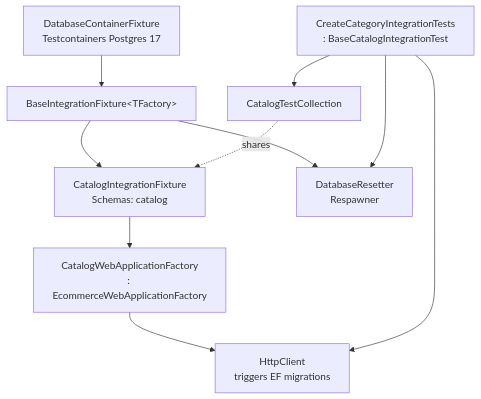
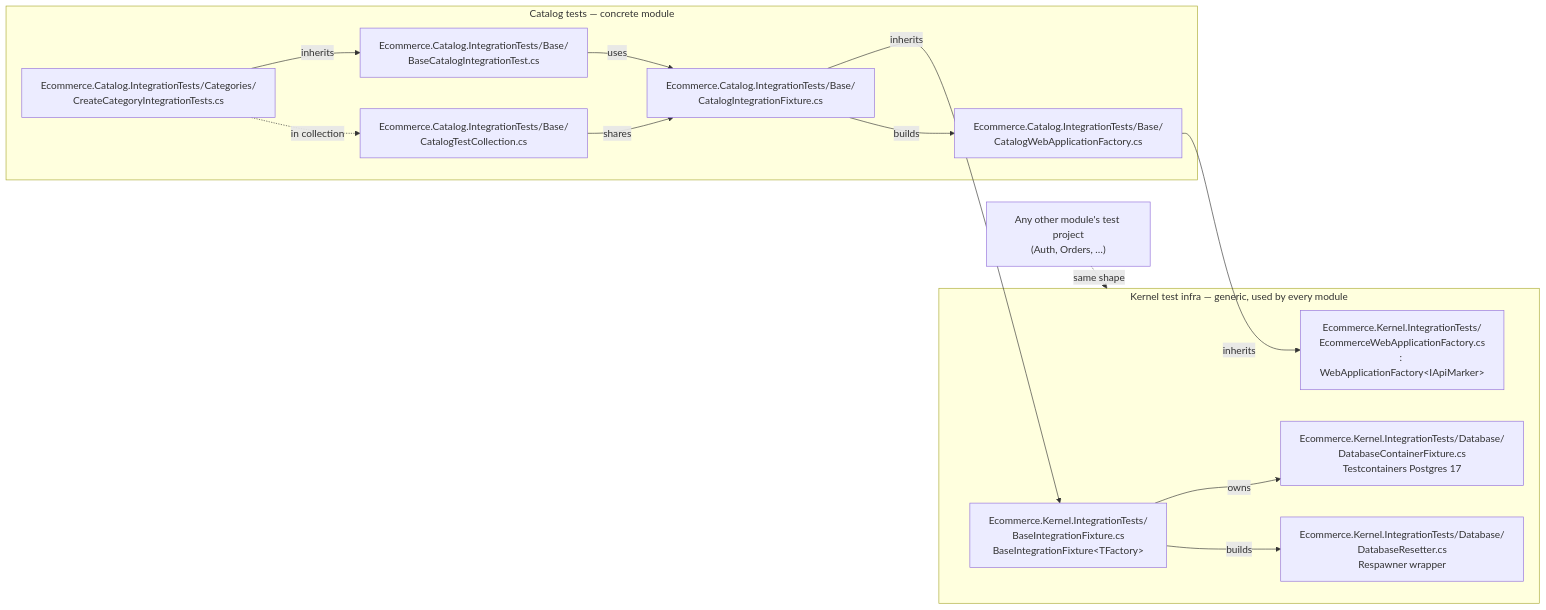
Before and after one commit to marcuscfarias/ecommerce-platform: the fourth of 4 diagrams in README.md, drawn with Mermaid. The commit also changed other lines of this file, not shown here.

Commit message:
docs: reorder section 5 and refresh module diagrams

````diff
--- a/README.md
+++ b/README.md
@@ -228,12 +237,30 @@
 ```mermaid
-flowchart TB
-    DC[DatabaseContainerFixture<br/>Testcontainers Postgres 17] --> BIF[BaseIntegrationFixture&lt;TFactory&gt;]
-    BIF --> CIF[CatalogIntegrationFixture<br/>Schemas: catalog]
-    CIF --> CWAF[CatalogWebApplicationFactory<br/>: EcommerceWebApplicationFactory]
-    CWAF --> Client[HttpClient<br/>triggers EF migrations]
-    BIF --> DR[DatabaseResetter<br/>Respawner]
-    Coll[CatalogTestCollection] -. shares .-> CIF
-    Test[CreateCategoryIntegrationTests<br/>: BaseCatalogIntegrationTest] --> Coll
-    Test --> Client
-    Test --> DR
+flowchart LR
+    subgraph Kernel["Kernel test infra — generic, used by every module"]
+        DC["Ecommerce.Kernel.IntegrationTests/Database/<br/>DatabaseContainerFixture.cs<br/>Testcontainers Postgres 17"]
+        BIF["Ecommerce.Kernel.IntegrationTests/<br/>BaseIntegrationFixture.cs<br/>BaseIntegrationFixture&lt;TFactory&gt;"]
+        EWAF["Ecommerce.Kernel.IntegrationTests/<br/>EcommerceWebApplicationFactory.cs<br/>: WebApplicationFactory&lt;IApiMarker&gt;"]
+        DR["Ecommerce.Kernel.IntegrationTests/Database/<br/>DatabaseResetter.cs<br/>Respawner wrapper"]
+    end
+
+    subgraph Catalog["Catalog tests — concrete module"]
+        CIF["Ecommerce.Catalog.IntegrationTests/Base/<br/>CatalogIntegrationFixture.cs"]
+        CWAF["Ecommerce.Catalog.IntegrationTests/Base/<br/>CatalogWebApplicationFactory.cs"]
+        Coll["Ecommerce.Catalog.IntegrationTests/Base/<br/>CatalogTestCollection.cs"]
+        BCT["Ecommerce.Catalog.IntegrationTests/Base/<br/>BaseCatalogIntegrationTest.cs"]
+        Test["Ecommerce.Catalog.IntegrationTests/Categories/<br/>CreateCategoryIntegrationTests.cs"]
+    end
+
+    OtherModule["Any other module's test project<br/>(Auth, Orders, …)"]
+
+    BIF -- owns --> DC
+    BIF -- builds --> DR
+    CIF -- inherits --> BIF
+    CWAF -- inherits --> EWAF
+    CIF -- builds --> CWAF
+    Coll -- shares --> CIF
+    BCT -- uses --> CIF
+    Test -- inherits --> BCT
+    Test -. in collection .-> Coll
+    OtherModule -. same shape .-> Kernel
 ```
````
